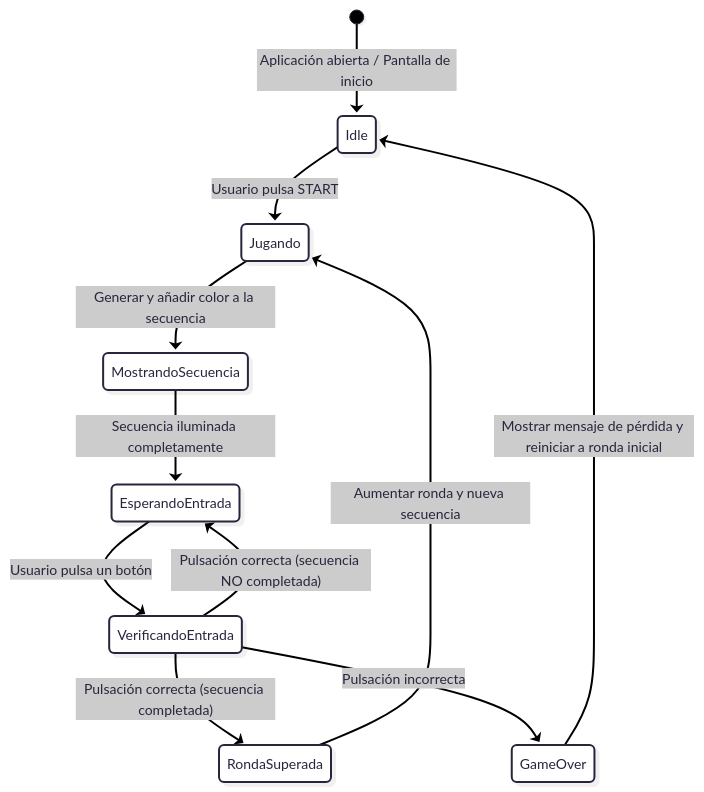
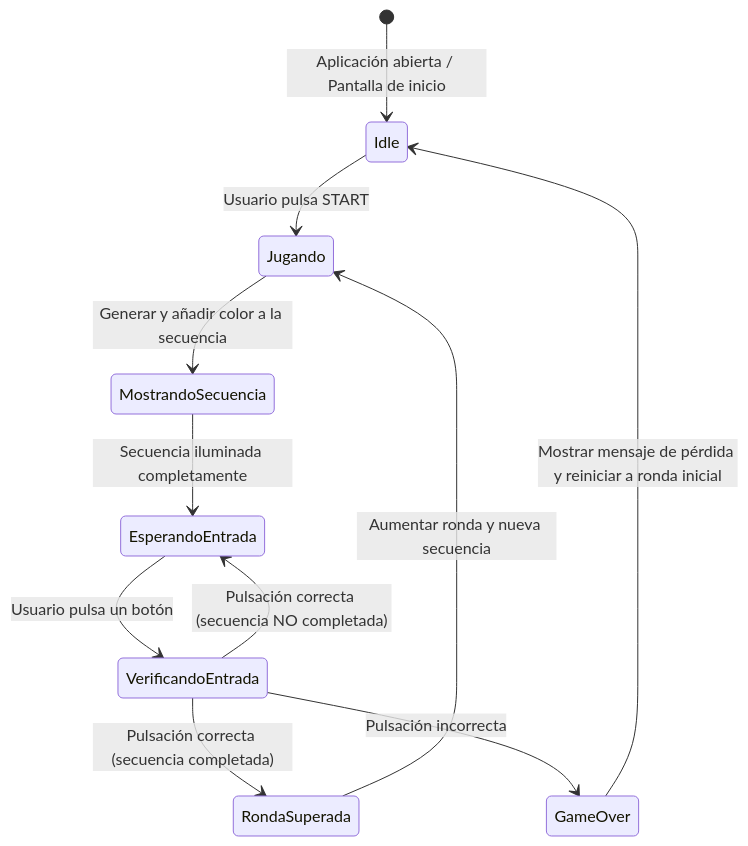
Before and after one commit to saulmnz/SIMON_DICE_PMDM_SAUL_ADRIAN: the first of 2 diagrams in README.md, drawn with Mermaid. The commit also changed other lines of this file, not shown here.

Commit message:
QUITAME EL TEMA DE MERMAID ( POR SI DA ERROR )

````diff
--- a/README.md
+++ b/README.md
@@ -9,19 +9,15 @@
 ```mermaid
----
-config:
-  theme: redux
-  look: neo
----
+
 stateDiagram-v2
   [*] --> Idle : Aplicación abierta / Pantalla de inicio
   Idle --> Jugando : Usuario pulsa START
   Jugando --> MostrandoSecuencia : Generar y añadir color a la secuencia
   MostrandoSecuencia --> EsperandoEntrada : Secuencia iluminada completamente
   EsperandoEntrada --> VerificandoEntrada : Usuario pulsa un botón
   VerificandoEntrada --> EsperandoEntrada : Pulsación correcta (secuencia NO completada)
   VerificandoEntrada --> RondaSuperada : Pulsación correcta (secuencia completada)
   VerificandoEntrada --> GameOver : Pulsación incorrecta
   RondaSuperada --> Jugando : Aumentar ronda y nueva secuencia
   GameOver --> Idle : Mostrar mensaje de pérdida y reiniciar a ronda inicial
 
 ```
````
